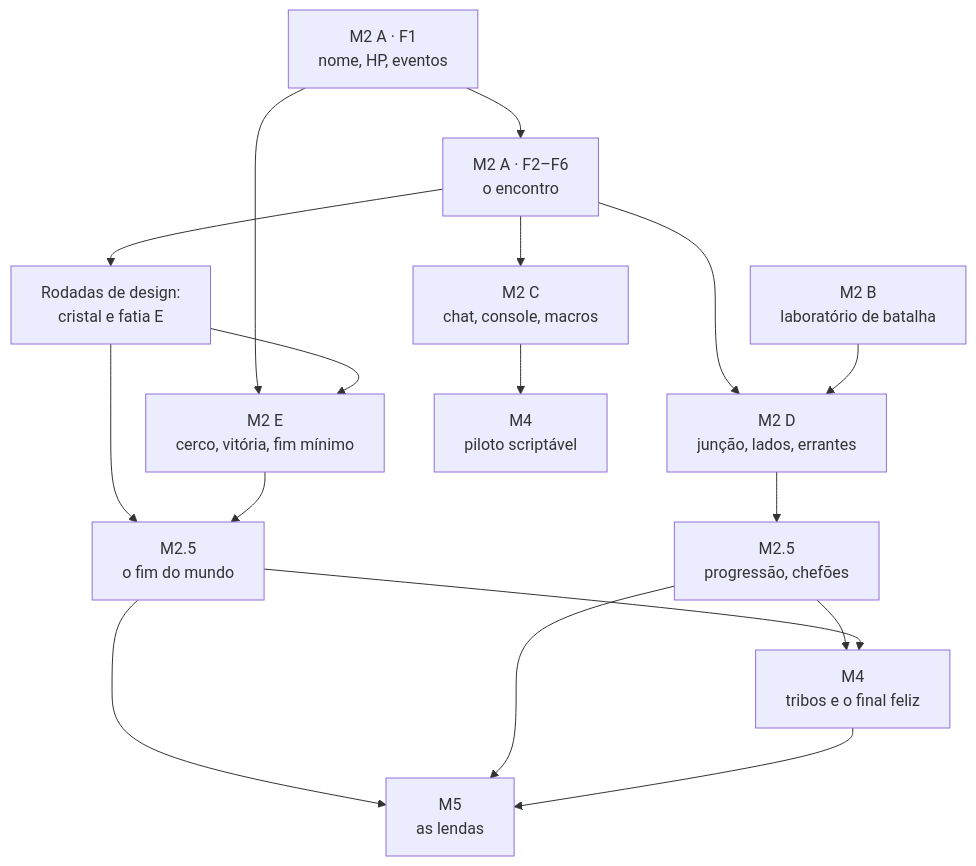
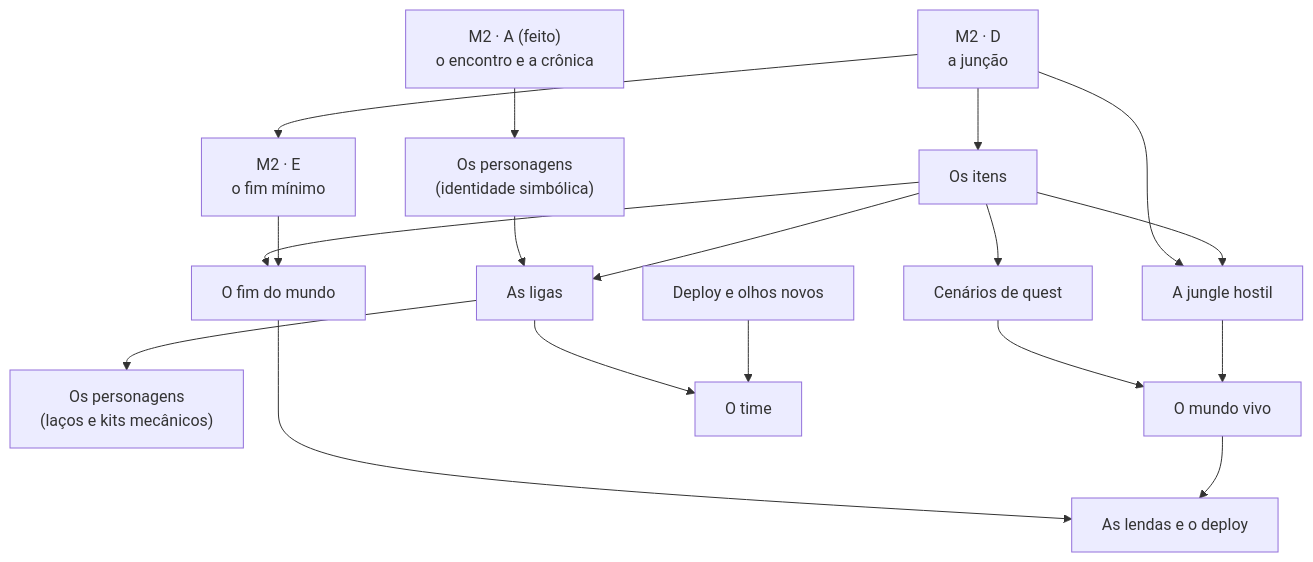
The diagram in docs/ROADMAP.md (eliasfeijo/geometrix), drawn with Mermaid before and after one commit. The commit also changed other lines of this file and 10 other files, not shown here.

First line of the commit message:
docs: rewrite the roadmap as a theme bank and record the owner's decisions

````diff
--- a/docs/ROADMAP.md
+++ b/docs/ROADMAP.md
@@ -86,19 +78,20 @@
 ```mermaid
 flowchart TD
-    A1["M2 A · F1<br/>nome, HP, eventos"] --> A2["M2 A · F2–F6<br/>o encontro"]
-    A2 --> CR["Rodadas de design:<br/>cristal e fatia E"]
-    A2 --> C["M2 C<br/>chat, console, macros"]
-    A2 --> D["M2 D<br/>junção, lados, errantes"]
-    B["M2 B<br/>laboratório de batalha"] --> D
-    A1 --> E["M2 E<br/>cerco, vitória, fim mínimo"]
-    CR --> E
-    CR --> COR["M2.5<br/>o fim do mundo"]
-    E --> COR
-    D --> PRG["M2.5<br/>progressão, chefões"]
-    PRG --> TRB["M4<br/>tribos e o final feliz"]
-    COR --> TRB
-    C --> SCR["M4<br/>piloto scriptável"]
-    COR --> LEG["M5<br/>as lendas"]
-    PRG --> LEG
-    TRB --> LEG
+    D["M2 · D<br/>a junção"] --> E["M2 · E<br/>o fim mínimo"]
+    D --> IT["Os itens"]
+    A["M2 · A (feito)<br/>o encontro e a crônica"] --> ID["Os personagens<br/>(identidade simbólica)"]
+    IT --> LG["As ligas"]
+    ID --> LG
+    LG --> PS["Os personagens<br/>(laços e kits mecânicos)"]
+    IT --> JH["A jungle hostil"]
+    D --> JH
+    IT --> QC["Cenários de quest"]
+    E --> FM["O fim do mundo"]
+    IT --> FM
+    JH --> MV["O mundo vivo"]
+    QC --> MV
+    DEP["Deploy e olhos novos"] --> TM["O time"]
+    LG --> TM
+    MV --> LE["As lendas e o deploy"]
+    FM --> LE
 ```
````
